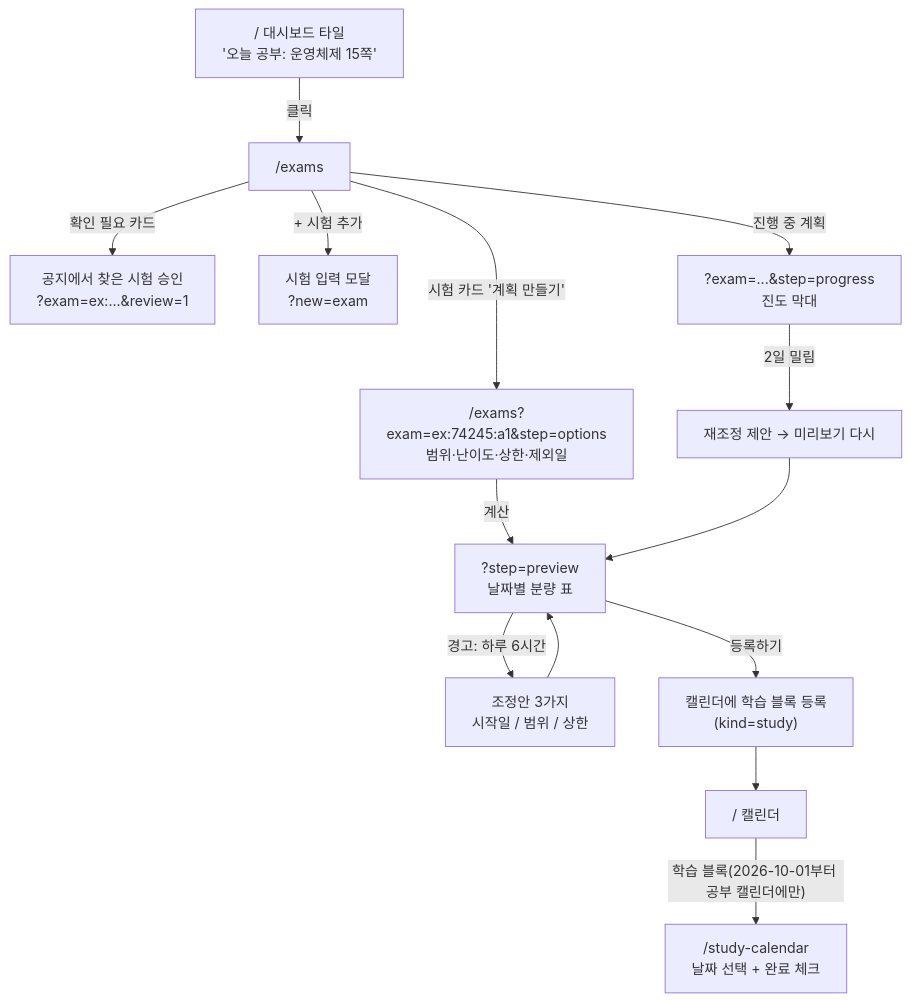
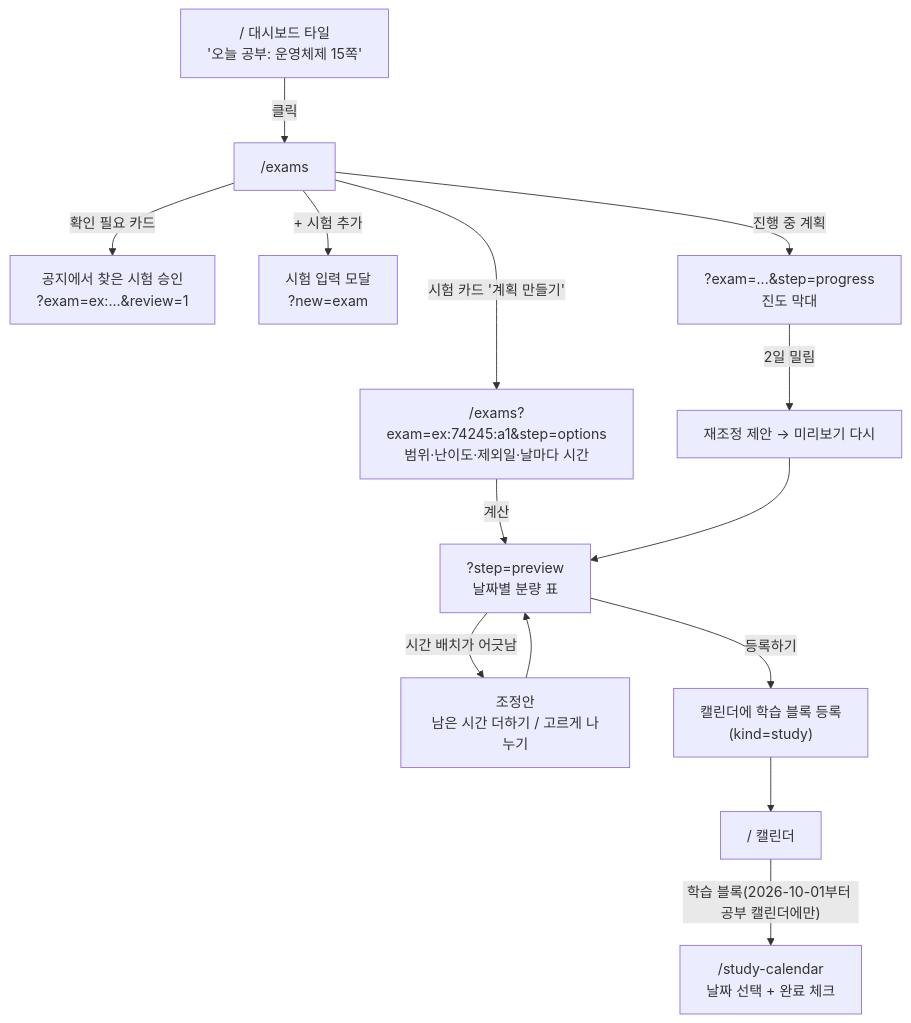
The seventh of 14 diagrams in Frontend-Route.md (AIM-Output/26-WE-Meet-Project), drawn with Mermaid before and after one commit. The commit also changed other lines of this file and 320 other files, not shown here.

````diff
--- a/Frontend-Route.md
+++ b/Frontend-Route.md
@@ -1153,16 +1153,16 @@
 ```mermaid
 flowchart TD
     A["/ 대시보드 타일<br/>'오늘 공부: 운영체제 15쪽'"] -->|"클릭"| E["/exams"]
     E -->|"확인 필요 카드"| RV["공지에서 찾은 시험 승인<br/>?exam=ex:...&review=1"]
     E -->|"+ 시험 추가"| ADD["시험 입력 모달<br/>?new=exam"]
-    E -->|"시험 카드 '계획 만들기'"| OPT["/exams?exam=ex:74245:a1&step=options<br/>범위·난이도·상한·제외일"]
+    E -->|"시험 카드 '계획 만들기'"| OPT["/exams?exam=ex:74245:a1&step=options<br/>범위·난이도·제외일·날마다 시간"]
     OPT -->|"계산"| PV["?step=preview<br/>날짜별 분량 표"]
-    PV -->|"경고: 하루 6시간"| ADJ["조정안 3가지<br/>시작일 / 범위 / 상한"]
+    PV -->|"시간 배치가 어긋남"| ADJ["조정안<br/>남은 시간 더하기 / 고르게 나누기"]
     ADJ --> PV
     PV -->|"등록하기"| REG["캘린더에 학습 블록 등록<br/>(kind=study)"]
     REG --> CAL["/ 캘린더"]
     CAL -->|"학습 블록(2026-10-01부터 공부 캘린더에만)"| BLK["/study-calendar<br/>날짜 선택 + 완료 체크"]
     E -->|"진행 중 계획"| PR["?exam=...&step=progress<br/>진도 막대"]
     PR -->|"2일 밀림"| RB["재조정 제안 → 미리보기 다시"]
     RB --> PV
 ```
````
